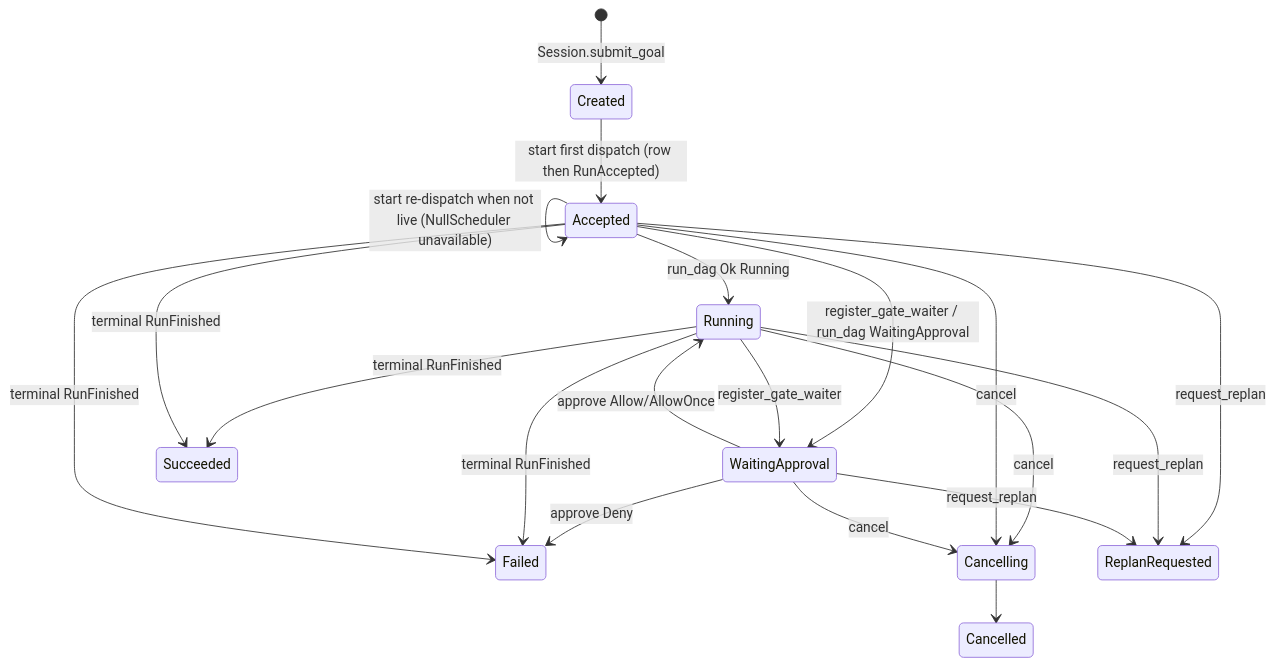
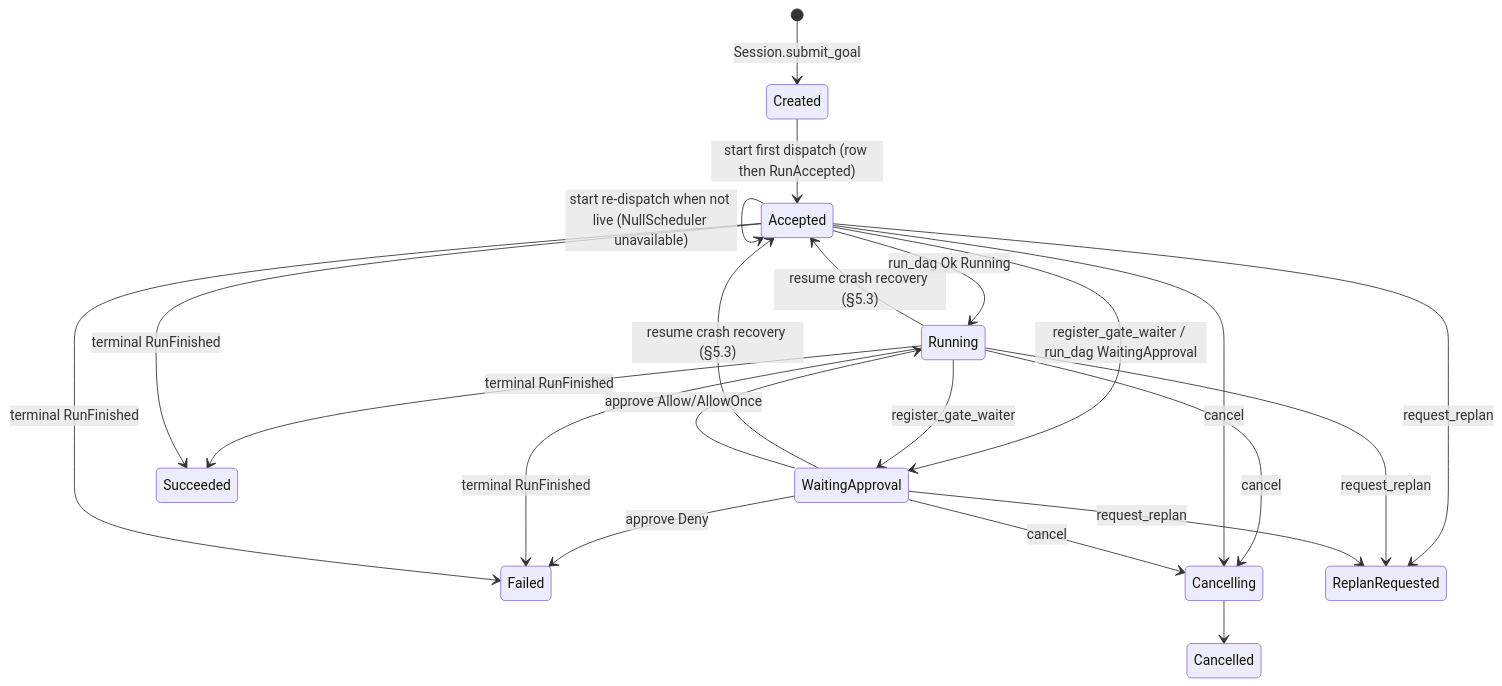
One commit to arkadianet/Alloy changed the third of 3 diagrams in docs/rfcs/RFC-0003-session-manager-run-controller.md. Above: the diagram before and after it, drawn with Mermaid. The commit also changed other lines of this file, not shown here.

````diff
--- a/docs/rfcs/RFC-0003-session-manager-run-controller.md
+++ b/docs/rfcs/RFC-0003-session-manager-run-controller.md
@@ -803,22 +807,24 @@
 ```mermaid
 stateDiagram-v2
   [*] --> Created: Session.submit_goal
   Created --> Accepted: start first dispatch (row then RunAccepted)
   Accepted --> Accepted: start re-dispatch when not live (NullScheduler unavailable)
   Accepted --> Running: run_dag Ok Running
   Accepted --> WaitingApproval: register_gate_waiter / run_dag WaitingApproval
   Running --> WaitingApproval: register_gate_waiter
+  Running --> Accepted: resume crash recovery (§5.3)
+  WaitingApproval --> Accepted: resume crash recovery (§5.3)
   WaitingApproval --> Running: approve Allow/AllowOnce
   WaitingApproval --> Failed: approve Deny
   Running --> Cancelling: cancel
   Accepted --> Cancelling: cancel
   WaitingApproval --> Cancelling: cancel
   Cancelling --> Cancelled
   Running --> Succeeded: terminal RunFinished
   Running --> Failed: terminal RunFinished
   Accepted --> Succeeded: terminal RunFinished
   Accepted --> Failed: terminal RunFinished
   Accepted --> ReplanRequested: request_replan
   Running --> ReplanRequested: request_replan
   WaitingApproval --> ReplanRequested: request_replan
 ```
````
